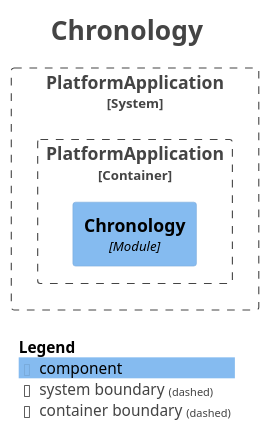
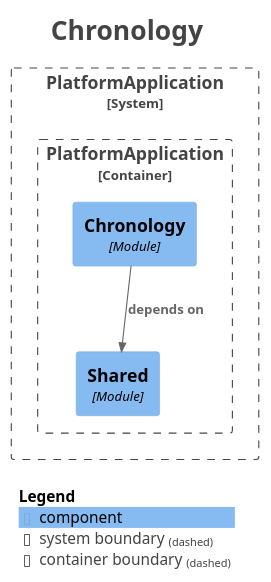
The diagram in docs/modules/module-chronology.puml (Asiman77/HistoryAsAGame), drawn with PlantUML before and after one commit. The commit also changed 20 other files, not shown here.

```diff
--- a/docs/modules/module-chronology.puml
+++ b/docs/modules/module-chronology.puml
@@ -1,27 +1,30 @@
 @startuml
 title <size:24>Chronology</size>
 
 set separator none
 top to bottom direction
 
 <style>
   root {
     BackgroundColor: #ffffff
     FontColor: #444444
   }
 </style>
 
 !include <C4/C4>
 !include <C4/C4_Context>
 !include <C4/C4_Component>
 
 System_Boundary("PlatformApplication_boundary", "PlatformApplication", $tags="") {
   Container_Boundary("PlatformApplication.PlatformApplication_boundary", "PlatformApplication", $tags="") {
+    Component(PlatformApplication.PlatformApplication.Shared, "Shared", $techn="Module", $descr="", $tags="", $link="")
     Component(PlatformApplication.PlatformApplication.Chronology, "Chronology", $techn="Module", $descr="", $tags="", $link="")
   }
 
 }
 
+Rel(PlatformApplication.PlatformApplication.Chronology, PlatformApplication.PlatformApplication.Shared, "depends on", $techn="", $tags="", $link="")
+
 SHOW_LEGEND(true)
 hide stereotypes
 @enduml
```
